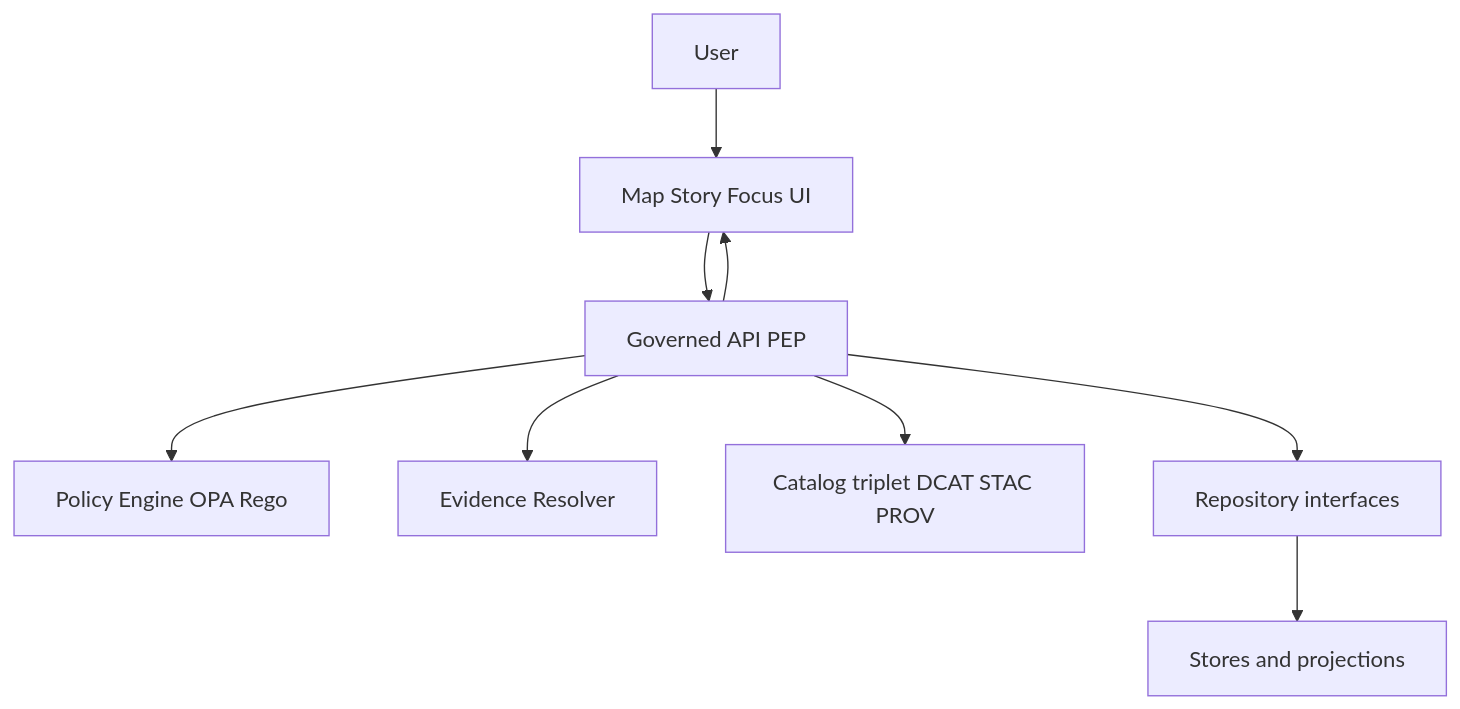
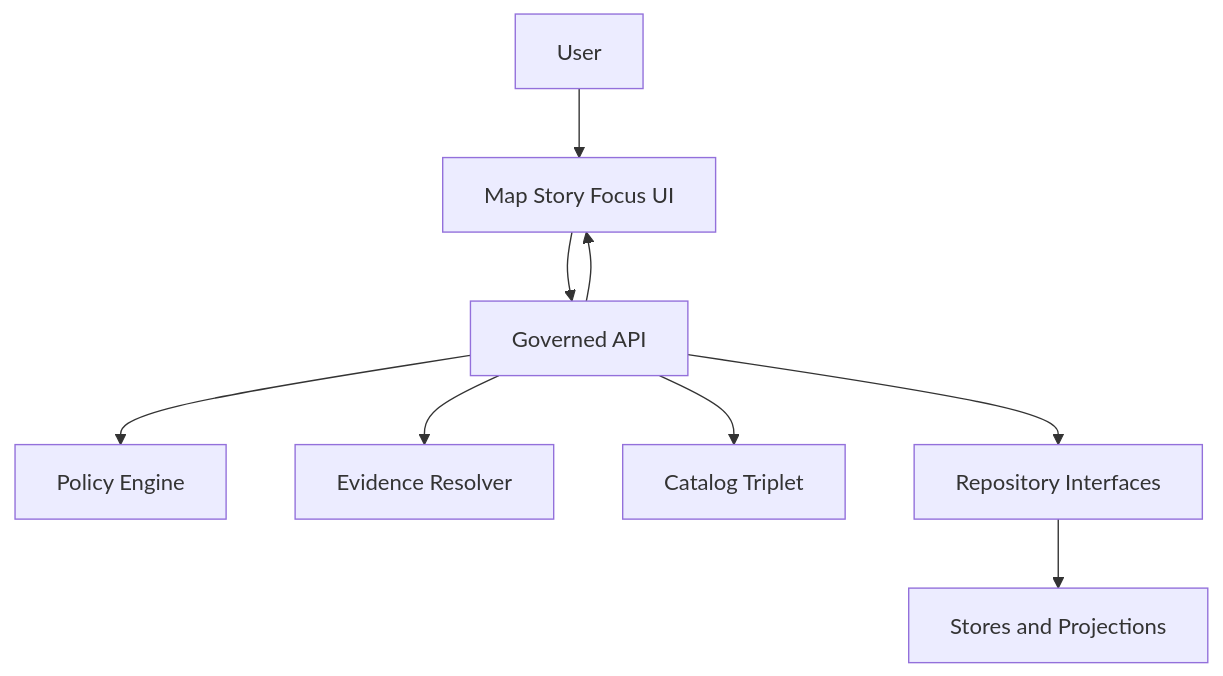
The third of 3 diagrams in apps/README.md (bartytime4life/Kansas-Frontier-Matrix), drawn with Mermaid before and after one commit. The commit also changed other lines of this file, not shown here.

````diff
--- a/apps/README.md
+++ b/apps/README.md
@@ -211,11 +244,11 @@
 ```mermaid
 flowchart TD
   U[User] --> UI[Map Story Focus UI]
-  UI --> API[Governed API PEP]
-  API --> POL[Policy Engine OPA Rego]
+  UI --> API[Governed API]
+  API --> POL[Policy Engine]
   API --> EV[Evidence Resolver]
-  API --> CAT[Catalog triplet DCAT STAC PROV]
-  API --> REP[Repository interfaces]
-  REP --> STO[Stores and projections]
+  API --> CAT[Catalog Triplet]
+  API --> REP[Repository Interfaces]
+  REP --> STO[Stores and Projections]
   API --> UI
 ```
````
